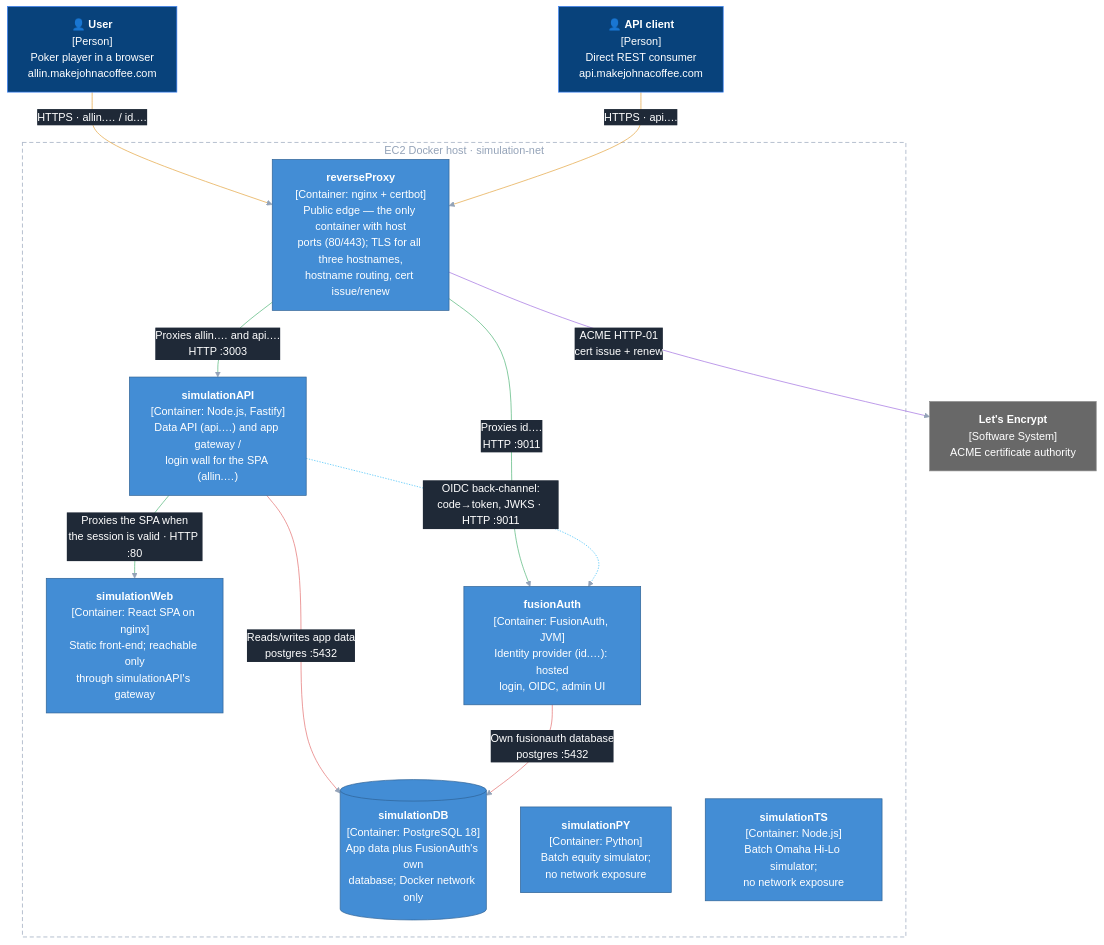
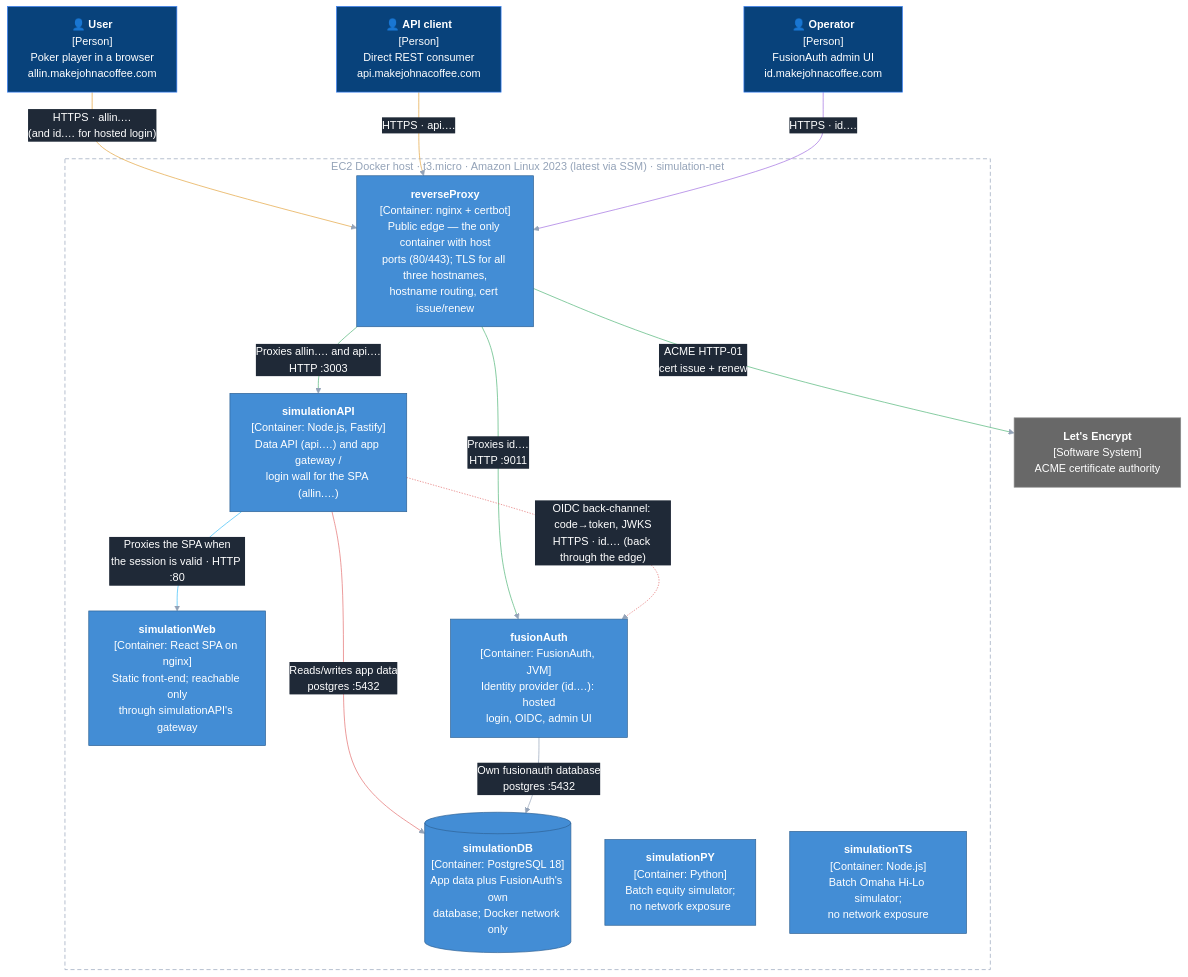
The diagram in README.md (jbframe/big-equity), drawn with Mermaid before and after one commit. The commit also changed other lines of this file and 6 other files, not shown here.

````diff
--- a/README.md
+++ b/README.md
@@ -53,42 +53,44 @@
 ```mermaid
 %%{init: {'themeVariables': {'edgeLabelBackground': '#1f2937'}}}%%
 graph TB
     User["👤 <b>User</b><br/>[Person]<br/>Poker player in a browser<br/>allin.makejohnacoffee.com"]
     APIClient["👤 <b>API client</b><br/>[Person]<br/>Direct REST consumer<br/>api.makejohnacoffee.com"]
+    Operator["👤 <b>Operator</b><br/>[Person]<br/>FusionAuth admin UI<br/>id.makejohnacoffee.com"]
     LE["<b>Let's Encrypt</b><br/>[Software System]<br/>ACME certificate authority"]
 
-    subgraph EC2["EC2 Docker host · simulation-net"]
+    subgraph EC2["EC2 Docker host · t3.micro · Amazon Linux 2023 (latest via SSM) · simulation-net"]
         Proxy["<b>reverseProxy</b><br/>[Container: nginx + certbot]<br/>Public edge — the only container with host<br/>ports (80/443); TLS for all three hostnames,<br/>hostname routing, cert issue/renew"]
         API["<b>simulationAPI</b><br/>[Container: Node.js, Fastify]<br/>Data API (api.…) and app gateway /<br/>login wall for the SPA (allin.…)"]
         Web["<b>simulationWeb</b><br/>[Container: React SPA on nginx]<br/>Static front-end; reachable only<br/>through simulationAPI's gateway"]
         Auth["<b>fusionAuth</b><br/>[Container: FusionAuth, JVM]<br/>Identity provider (id.…): hosted<br/>login, OIDC, admin UI"]
         DB[("<b>simulationDB</b><br/>[Container: PostgreSQL 18]<br/>App data plus FusionAuth's own<br/>database; Docker network only")]
         PY["<b>simulationPY</b><br/>[Container: Python]<br/>Batch equity simulator;<br/>no network exposure"]
         TS["<b>simulationTS</b><br/>[Container: Node.js]<br/>Batch Omaha Hi-Lo simulator;<br/>no network exposure"]
     end
 
-    User -- "HTTPS · allin.… / id.…" --> Proxy
+    User -- "HTTPS · allin.…<br/>(and id.… for hosted login)" --> Proxy
     APIClient -- "HTTPS · api.…" --> Proxy
+    Operator -- "HTTPS · id.…" --> Proxy
     Proxy -- "ACME HTTP-01<br/>cert issue + renew" --> LE
     Proxy -- "Proxies allin.… and api.…<br/>HTTP :3003" --> API
     Proxy -- "Proxies id.…<br/>HTTP :9011" --> Auth
     API -- "Proxies the SPA when<br/>the session is valid · HTTP :80" --> Web
-    API -. "OIDC back-channel:<br/>code→token, JWKS · HTTP :9011" .-> Auth
+    API -. "OIDC back-channel: code→token, JWKS<br/>HTTPS · id.… (back through the edge)" .-> Auth
     API -- "Reads/writes app data<br/>postgres :5432" --> DB
     Auth -- "Own fusionauth database<br/>postgres :5432" --> DB
 
     classDef person fill:#08427b,stroke:#3b82f6,color:#ffffff
     classDef container fill:#438dd5,stroke:#2e6295,color:#ffffff
     classDef external fill:#686868,stroke:#8a8a8a,color:#ffffff
-    class User,APIClient person
+    class User,APIClient,Operator person
     class Proxy,API,Web,Auth,DB,PY,TS container
     class LE external
     style EC2 fill:transparent,stroke:#94a3b8,stroke-dasharray:6 4,color:#94a3b8
 
     linkStyle default stroke:#94a3b8,color:#ffffff
     linkStyle 0,1 stroke:#e4a33c
     linkStyle 2 stroke:#a06ee0
     linkStyle 3,4,5 stroke:#4fb477
     linkStyle 6 stroke:#38bdf8
     linkStyle 7,8 stroke:#e46e6e
 ```
````
